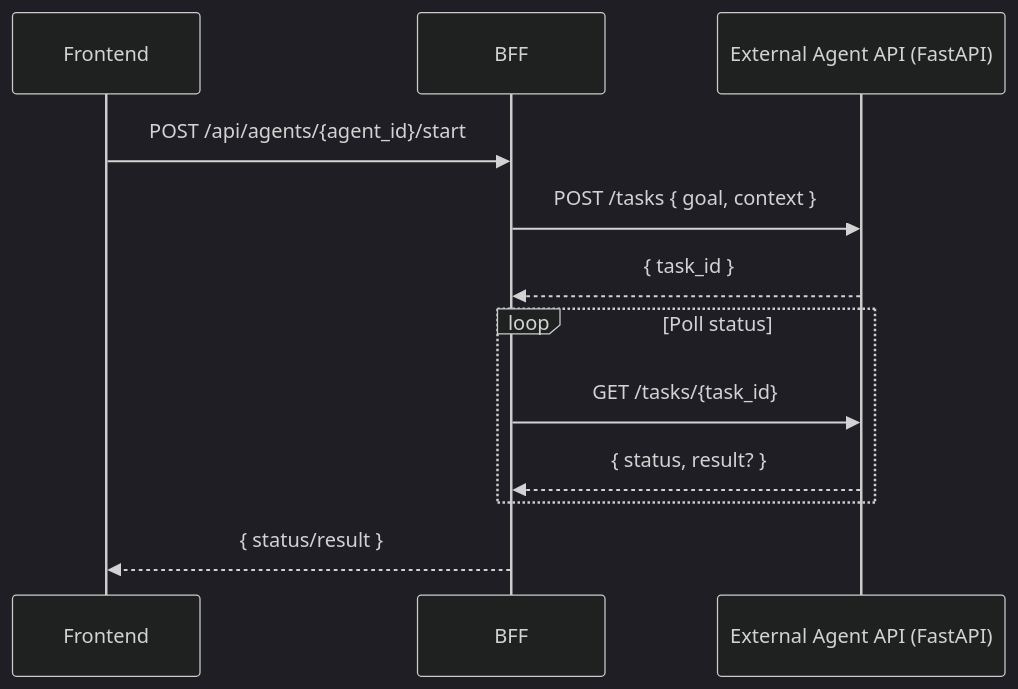
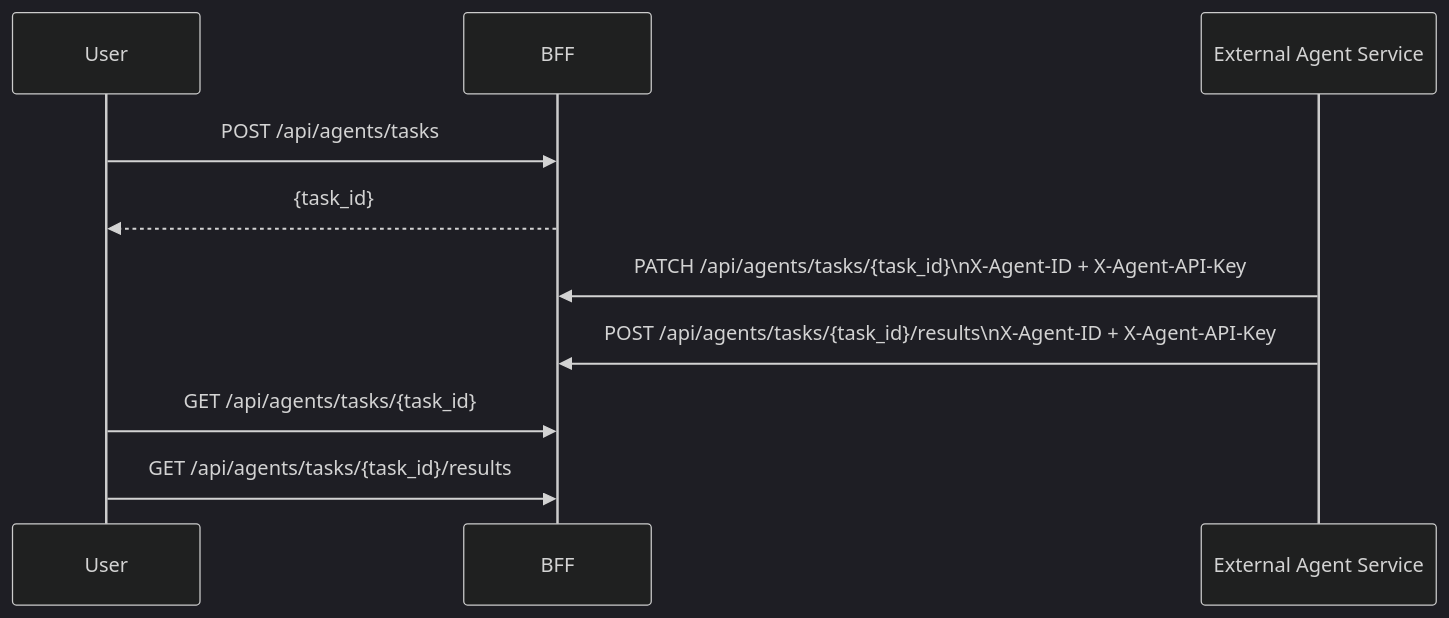
Before and after one commit to SweetingTech/SwAIvyn: the third of 3 diagrams in docs/architecture-and-dataflow.md, drawn with Mermaid (dark theme). The commit also changed other lines of this file and 4 other files, not shown here.

Commit message:
docs: refresh deployment, architecture, and external agent guides (#74)

````diff
--- a/docs/architecture-and-dataflow.md
+++ b/docs/architecture-and-dataflow.md
@@ -249,15 +52,13 @@
 ```mermaid
 sequenceDiagram
-  participant FE as Frontend
+  participant U as User
   participant B as BFF
-  participant AG as External Agent API (FastAPI)
+  participant A as External Agent Service
 
-  FE->>B: POST /api/agents/{agent_id}/start
-  B->>AG: POST /tasks { goal, context }
-  AG-->>B: { task_id }
-  loop Poll status
-    B->>AG: GET /tasks/{task_id}
-    AG-->>B: { status, result? }
-  end
-  B-->>FE: { status/result }
+  U->>B: POST /api/agents/tasks
+  B-->>U: {task_id}
+  A->>B: PATCH /api/agents/tasks/{task_id}\nX-Agent-ID + X-Agent-API-Key
+  A->>B: POST /api/agents/tasks/{task_id}/results\nX-Agent-ID + X-Agent-API-Key
+  U->>B: GET /api/agents/tasks/{task_id}
+  U->>B: GET /api/agents/tasks/{task_id}/results
 ```
````
